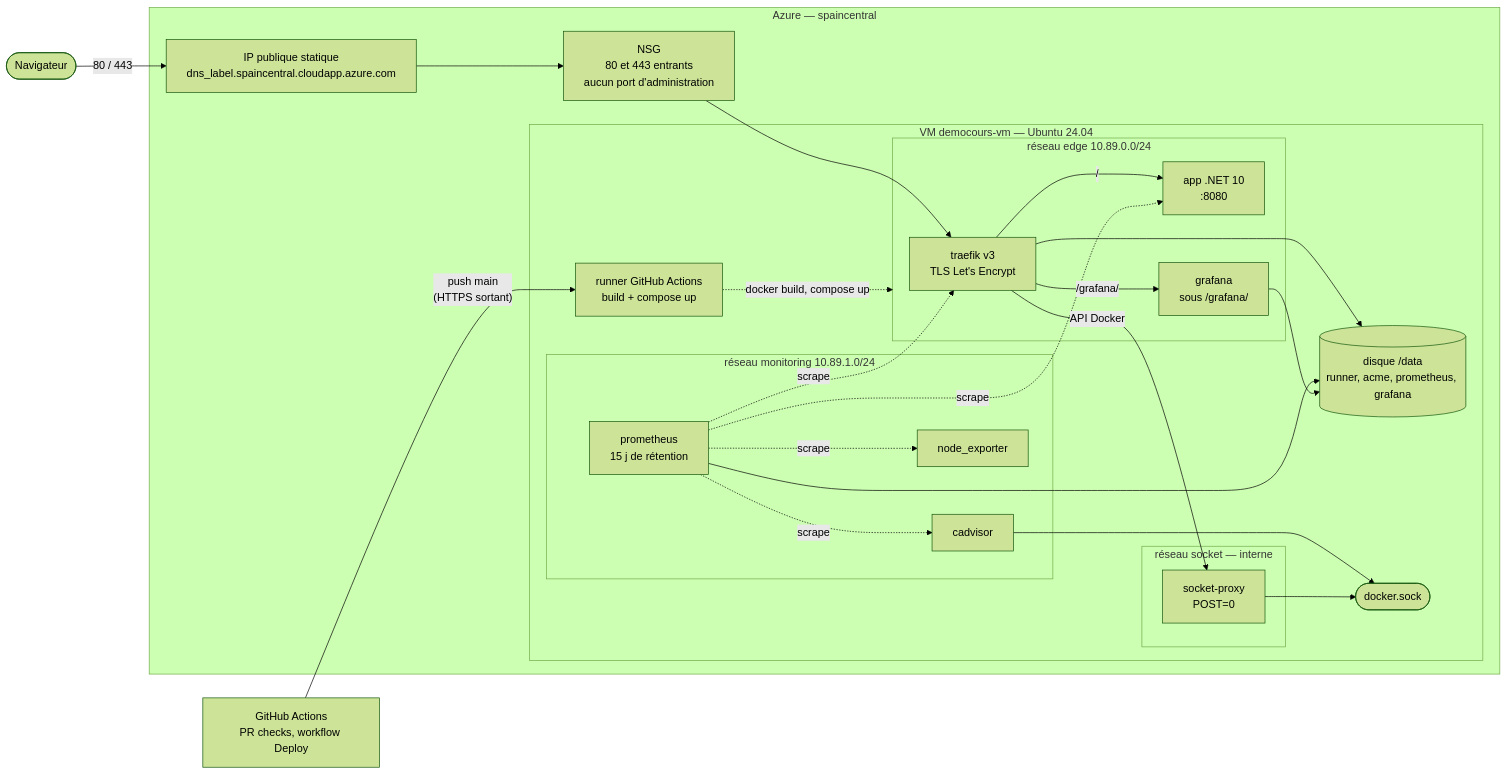
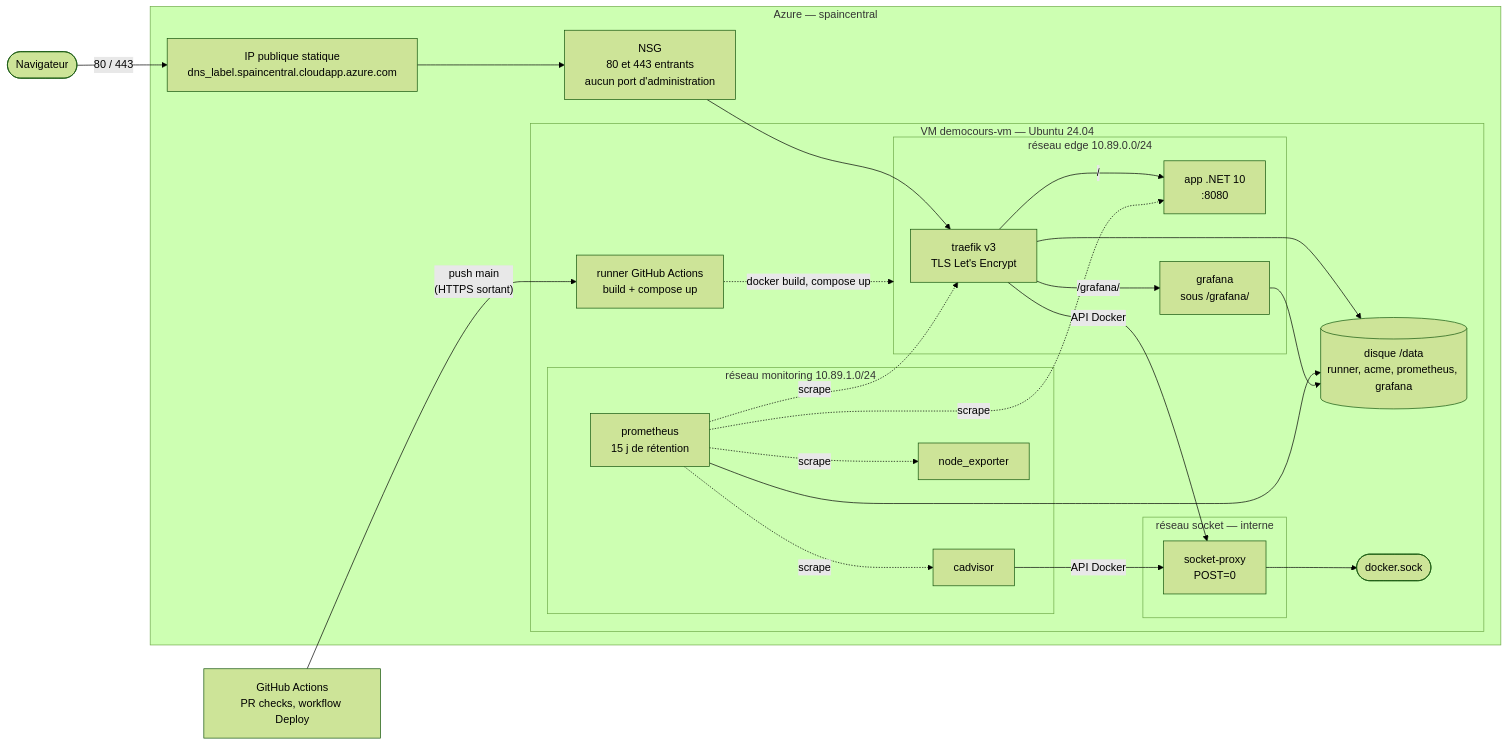
Before and after one commit to adam-benyekkou/demo-cours-docker-intro: the first of 2 diagrams in README.md, drawn with Mermaid (forest theme). The commit also changed other lines of this file and 5 other files, not shown here.

````diff
--- a/README.md
+++ b/README.md
@@ -65,47 +65,47 @@
 ```mermaid
 flowchart LR
   client([Navigateur])
 
   subgraph azure["Azure — spaincentral"]
     pip["IP publique statique<br/>dns_label.spaincentral.cloudapp.azure.com"]
     nsg["NSG<br/>80 et 443 entrants<br/>aucun port d'administration"]
 
     subgraph vm["VM democours-vm — Ubuntu 24.04"]
       runner["runner GitHub Actions<br/>build + compose up"]
       subgraph edge["réseau edge 10.89.0.0/24"]
         traefik["traefik v3<br/>TLS Let's Encrypt"]
         app["app .NET 10<br/>:8080"]
         grafana["grafana<br/>sous /grafana/"]
       end
       subgraph monitoring["réseau monitoring 10.89.1.0/24"]
         prometheus["prometheus<br/>15 j de rétention"]
         cadvisor["cadvisor"]
         node["node_exporter"]
       end
       subgraph socket["réseau socket — interne"]
         proxy["socket-proxy<br/>POST=0"]
       end
       data[("disque /data<br/>runner, acme, prometheus, grafana")]
       sock(["docker.sock"])
     end
   end
 
   github["GitHub Actions<br/>PR checks, workflow Deploy"]
 
   client -->|"80 / 443"| pip --> nsg --> traefik
   traefik -->|"/"| app
   traefik -->|"/grafana/"| grafana
   traefik --> data
   prometheus -.->|scrape| app
   prometheus -.->|scrape| traefik
   prometheus -.->|scrape| cadvisor
   prometheus -.->|scrape| node
   prometheus --> data
   grafana --> data
-  cadvisor --> sock
   proxy --> sock
+  cadvisor -->|"API Docker"| proxy
   traefik -->|"API Docker"| proxy
 
   runner -.->|"docker build, compose up"| edge
   github -->|"push main<br/>(HTTPS sortant)"| runner
 ```
````
